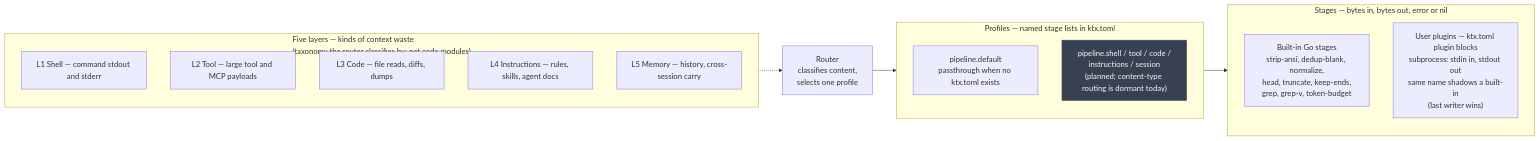
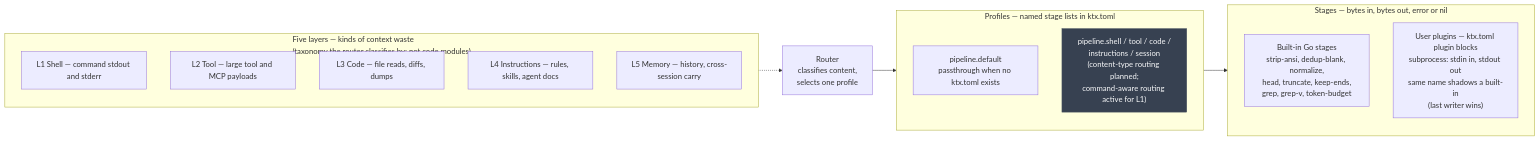
One commit to jgabor/ktx changed the second of 2 diagrams in ARCHITECTURE.md. Above: the diagram before and after it, drawn with Mermaid. The commit also changed other lines of this file and 20 other files, not shown here.

First line of the commit message:
feat: add command-aware filter routing for Layer 1

````diff
--- a/ARCHITECTURE.md
+++ b/ARCHITECTURE.md
@@ -85,29 +85,29 @@
 ```mermaid
 flowchart LR
   subgraph layers["Five layers — kinds of context waste<br/>(taxonomy the router classifies by; not code modules)"]
     L1["L1 Shell — command stdout and stderr"]
     L2["L2 Tool — large tool and MCP payloads"]
     L3["L3 Code — file reads, diffs, dumps"]
     L4["L4 Instructions — rules, skills, agent docs"]
     L5["L5 Memory — history, cross-session carry"]
   end
 
   C["Router<br/>classifies content,<br/>selects one profile"]
 
   subgraph profiles["Profiles — named stage lists in ktx.toml"]
     P0["pipeline.default<br/>passthrough when no ktx.toml exists"]
-    PX["pipeline.shell / tool / code /<br/>instructions / session<br/>(planned; content-type routing is dormant today)"]
+    PX["pipeline.shell / tool / code /<br/>instructions / session<br/>(content-type routing planned;<br/>command-aware routing active for L1)"]
   end
 
   subgraph stages["Stages — bytes in, bytes out, error or nil"]
     B["Built-in Go stages<br/>strip-ansi, dedup-blank, normalize,<br/>head, truncate, keep-ends,<br/>grep, grep-v, token-budget"]
     U["User plugins — ktx.toml plugin blocks<br/>subprocess: stdin in, stdout out<br/>same name shadows a built-in<br/>(last writer wins)"]
   end
 
   layers -.-> C
   C --> profiles
   profiles --> stages
 
   classDef planned fill:#374151,color:#f9fafb,stroke:#4b5563
   class PX planned
 ```
````
